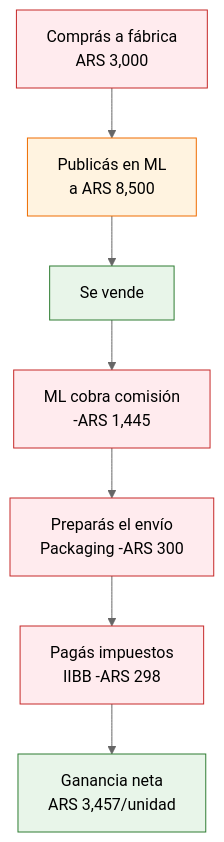
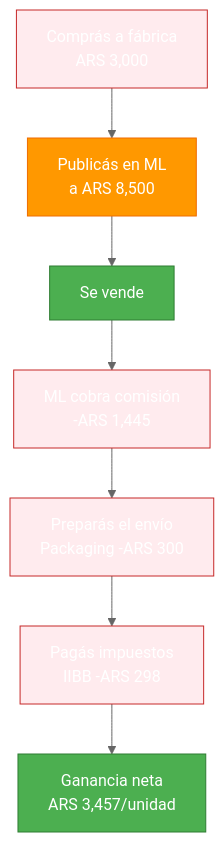
One commit to barrosignacioezequiel-coder/docs changed the diagram in app/paso1-argentina/empezar-de-cero/comprar-revender-margen.mdx. Above: the diagram before and after it, drawn with Mermaid (neutral theme). The commit also changed 66 other files, not shown here.

First line of the commit message:
fix: resolve Mermaid v11 numbered list errors + improve contrast

````diff
--- a/app/paso1-argentina/empezar-de-cero/comprar-revender-margen.mdx
+++ b/app/paso1-argentina/empezar-de-cero/comprar-revender-margen.mdx
@@ -112,17 +112,17 @@
 ```mermaid
 graph TD
     A["Comprás a fábrica<br/>ARS 3,000"] --> B["Publicás en ML<br/>a ARS 8,500"]
     B --> C["Se vende"]
     C --> D["ML cobra comisión<br/>-ARS 1,445"]
     D --> E["Preparás el envío<br/>Packaging -ARS 300"]
     E --> F["Pagás impuestos<br/>IIBB -ARS 298"]
     F --> G["Ganancia neta<br/>ARS 3,457/unidad"]
 
-    style A fill:#ffebee,stroke:#c62828
-    style B fill:#fff3e0,stroke:#ef6c00
-    style C fill:#e8f5e9,stroke:#2e7d32
-    style D fill:#ffebee,stroke:#c62828
-    style E fill:#ffebee,stroke:#c62828
-    style F fill:#ffebee,stroke:#c62828
-    style G fill:#e8f5e9,stroke:#2e7d32
+    style A fill:#ffebee,stroke:#c62828,color:#fff
+    style B fill:#ff9800,stroke:#ef6c00,color:#fff
+    style C fill:#4caf50,stroke:#2e7d32,color:#fff
+    style D fill:#ffebee,stroke:#c62828,color:#fff
+    style E fill:#ffebee,stroke:#c62828,color:#fff
+    style F fill:#ffebee,stroke:#c62828,color:#fff
+    style G fill:#4caf50,stroke:#2e7d32,color:#fff
 ```
````
